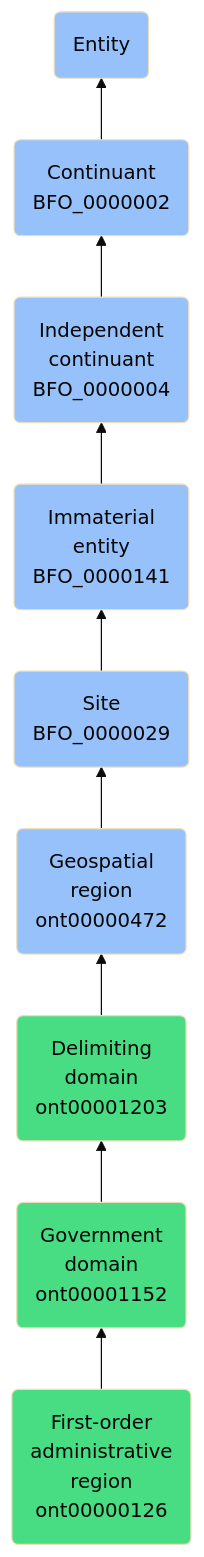
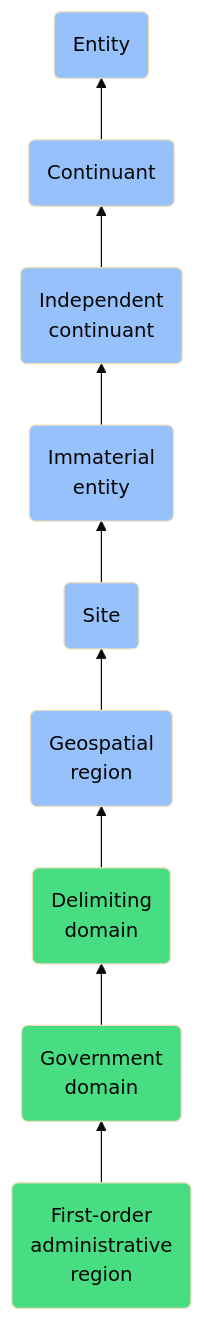
Before and after one commit to jupyter-naas/abi: the diagram in docs/ontology/reference/model/Entity/Continuant/Independent continuant/Immaterial entity/Site/Geospatial region/Delimiting domain/Government domain/First-order administrative region/First-order administrative region.md, drawn with Mermaid (base theme). The commit also changed other lines of this file and 1430 other files, not shown here.

````diff
--- a/docs/ontology/reference/model/Entity/Continuant/Independent continuant/Immaterial entity/Site/Geospatial region/Delimiting domain/Government domain/First-order administrative region/First-order administrative region.md
+++ b/docs/ontology/reference/model/Entity/Continuant/Independent continuant/Immaterial entity/Site/Geospatial region/Delimiting domain/Government domain/First-order administrative region/First-order administrative region.md
@@ -24,16 +24,16 @@
 ```mermaid
 graph BT
-    ont00000126(First-order<br>administrative<br>region<br>ont00000126):::ABI-->ont00001152
-    ont00001152(Government<br>domain<br>ont00001152):::ABI-->ont00001203
-    ont00001203(Delimiting<br>domain<br>ont00001203):::ABI-->ont00000472
-    ont00000472(Geospatial<br>region<br>ont00000472):::BFO-->BFO_0000029
-    BFO_0000029(Site<br>BFO_0000029):::BFO-->BFO_0000141
-    BFO_0000141(Immaterial<br>entity<br>BFO_0000141):::BFO-->BFO_0000004
-    BFO_0000004(Independent<br>continuant<br>BFO_0000004):::BFO-->BFO_0000002
-    BFO_0000002(Continuant<br>BFO_0000002):::BFO-->BFO_0000001
+    ont00000126(First-order<br>administrative<br>region):::ABI-->ont00001152
+    ont00001152(Government<br>domain):::ABI-->ont00001203
+    ont00001203(Delimiting<br>domain):::ABI-->ont00000472
+    ont00000472(Geospatial<br>region):::BFO-->BFO_0000029
+    BFO_0000029(Site):::BFO-->BFO_0000141
+    BFO_0000141(Immaterial<br>entity):::BFO-->BFO_0000004
+    BFO_0000004(Independent<br>continuant):::BFO-->BFO_0000002
+    BFO_0000002(Continuant):::BFO-->BFO_0000001
     BFO_0000001(Entity):::BFO
     
     classDef BFO fill:#97c1fb,color:#060606
     classDef CCO fill:#e4c51e,color:#060606
     classDef ABI fill:#48DD82,color:#060606
 ```
````
